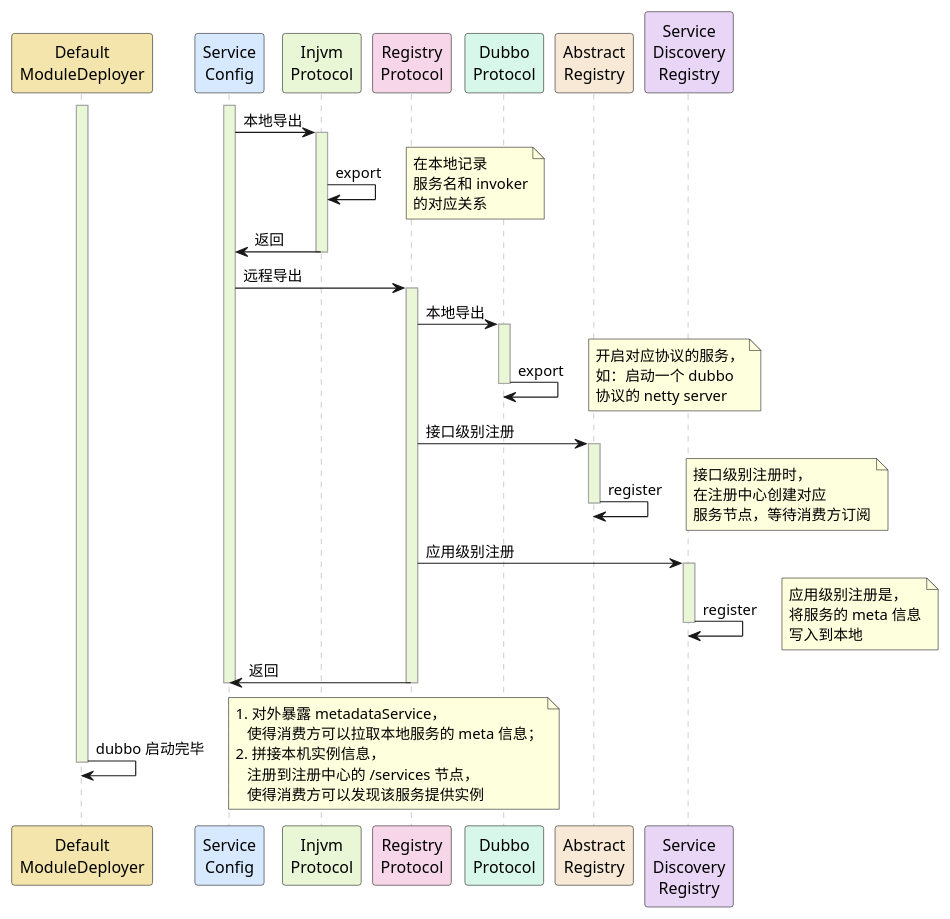
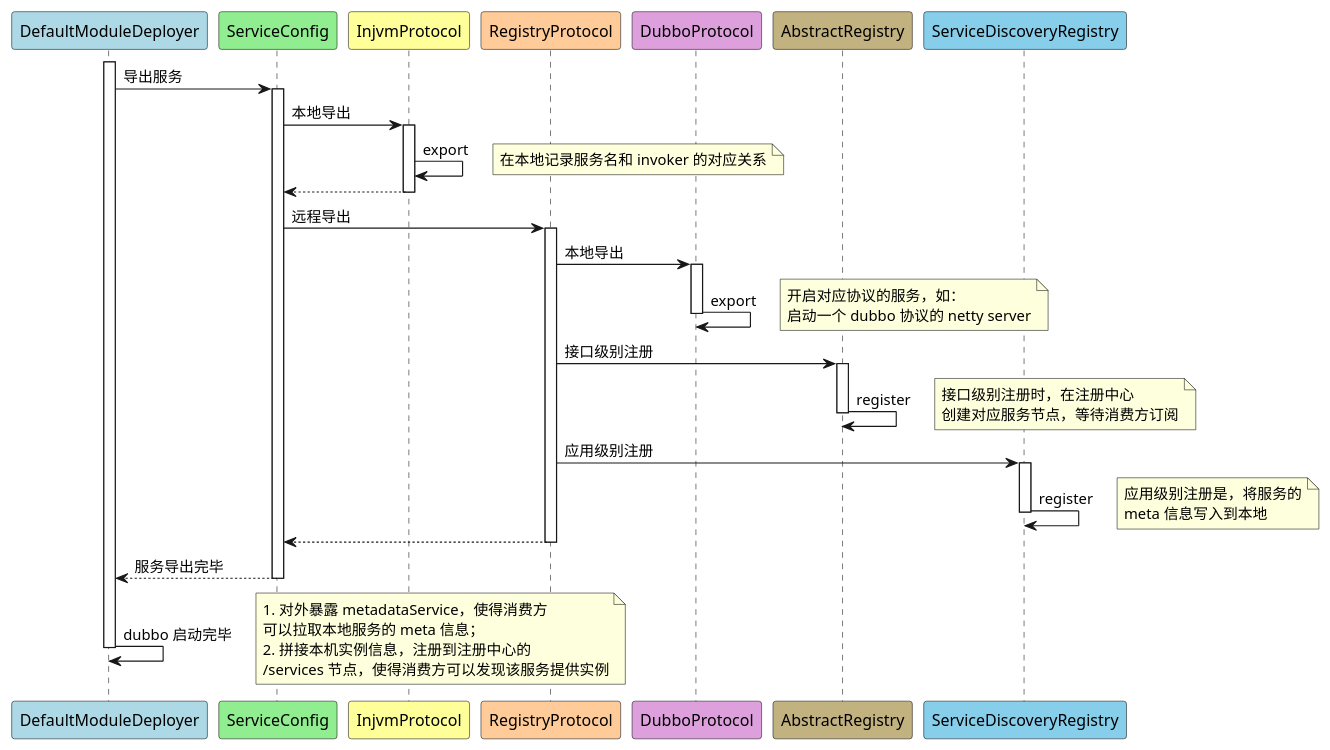
Before and after one commit to marmot-z/dubbo-learning: the diagram in assets/plantuml/dubbo-export.md, drawn with PlantUML. The commit also changed other lines of this file and 4 other files, not shown here.

````diff
--- a/assets/plantuml/dubbo-export.md
+++ b/assets/plantuml/dubbo-export.md
@@ -1,68 +1,105 @@
 ```plantuml
 @startuml
-' 设置整体样式
-skinparam sequence {
-    ActorBackgroundColor #D6E9FE
-    ParticipantBackgroundColor #E9F7D6
-    LifeLineBackgroundColor #E9F7D6
-    LifeLineBorderColor #A9A9A9
-    BoxPadding 10
-    NoteBackgroundColor #FFFACD
-}
 
 ' 定义参与者并设置颜色
-participant "Default\nModuleDeployer" as DMD #F3E5AB
-participant "Service\nConfig" as SC #D6E9FE
-participant "Injvm\nProtocol" as IP #E9F7D6
-participant "Registry\nProtocol" as RP #F7D6E9
-participant "Dubbo\nProtocol" as DP #D6F7E9
-participant "Abstract\nRegistry" as AR #F7E9D6
-participant "Service\nDiscovery\nRegistry" as SDR #E9D6F7
+participant DefaultModuleDeployer  #ADD8E6
+participant ServiceConfig  #90EE90
+participant InjvmProtocol  #FFFF99
+participant RegistryProtocol  #FFCC99
+participant DubboProtocol  #DDA0DD
+participant AbstractRegistry  #C2B280
+participant ServiceDiscoveryRegistry  #87CEEB
 
-' 开启生命线
-activate DMD
-activate SC
+' DefaultModuleDeployer 开始生命线
+activate DefaultModuleDeployer
+DefaultModuleDeployer -> ServiceConfig : 导出服务
 
-' ServiceConfig 进行本地导出
-SC -> IP : 本地导出
-activate IP
-IP -> IP : export
-note right : 在本地记录\n服务名和 invoker\n的对应关系
-IP -> SC  : 返回
-deactivate IP
+' ServiceConfig 开始生命线
+activate ServiceConfig
+ServiceConfig -> InjvmProtocol : 本地导出
 
-' ServiceConfig 进行远程导出
-SC -> RP : 远程导出
-activate RP
-RP -> DP : 本地导出
-activate DP
-DP -> DP : export
-note right : 开启对应协议的服务，\n如：启动一个 dubbo\n协议的 netty server
-deactivate DP
+' InjvmProtocol 自调用
+activate InjvmProtocol
+InjvmProtocol -> InjvmProtocol : export
+
+' 备注
+note right
+在本地记录服务名和 invoker 的对应关系
+end note
+
+InjvmProtocol --> ServiceConfig
+
+deactivate InjvmProtocol
+
+' ServiceConfig 远程导出
+ServiceConfig -> RegistryProtocol : 远程导出
+
+' RegistryProtocol 本地导出
+activate RegistryProtocol
+RegistryProtocol -> DubboProtocol : 本地导出
+
+' DubboProtocol 自调用
+activate DubboProtocol
+DubboProtocol -> DubboProtocol : export
+
+' 备注
+note right
+开启对应协议的服务，如：
+启动一个 dubbo 协议的 netty server
+end note
+
+deactivate DubboProtocol
 
 ' RegistryProtocol 进行接口级别注册
-RP -> AR : 接口级别注册
-activate AR
-AR -> AR : register
-note right : 接口级别注册时，\n在注册中心创建对应\n服务节点，等待消费方订阅
-deactivate AR
+RegistryProtocol -> AbstractRegistry : 接口级别注册
+
+' AbstractRegistry 自调用
+activate AbstractRegistry
+AbstractRegistry -> AbstractRegistry : register
+
+' 备注
+note right
+接口级别注册时，在注册中心
+创建对应服务节点，等待消费方订阅
+end note
+
+deactivate AbstractRegistry
 
 ' RegistryProtocol 进行应用级别注册
-RP -> SDR : 应用级别注册
-activate SDR
-SDR -> SDR : register
-note right: 应用级别注册是，\n将服务的 meta 信息\n写入到本地
-deactivate SDR
+RegistryProtocol -> ServiceDiscoveryRegistry : 应用级别注册
 
-' 远程导出返回
-RP -> SC : 返回
-deactivate RP
-deactivate SC
+' ServiceDiscoveryRegistry 自调用
+activate ServiceDiscoveryRegistry
+ServiceDiscoveryRegistry -> ServiceDiscoveryRegistry : register
 
-' DefaultModuleDeployer 处理 Dubbo 启动完成
-DMD -> DMD : dubbo 启动完毕
-note right: 1. 对外暴露 metadataService，\n   使得消费方可以拉取本地服务的 meta 信息；\n2. 拼接本机实例信息，\n   注册到注册中心的 /services 节点，\n   使得消费方可以发现该服务提供实例
+' 备注
+note right
+应用级别注册是，将服务的
+meta 信息写入到本地
+end note
 
-deactivate DMD
+deactivate ServiceDiscoveryRegistry
+
+RegistryProtocol --> ServiceConfig
+
+deactivate RegistryProtocol
+
+ServiceConfig --> DefaultModuleDeployer : 服务导出完毕
+
+deactivate ServiceConfig
+
+' DefaultModuleDeployer 完成启动
+DefaultModuleDeployer -> DefaultModuleDeployer : dubbo 启动完毕
+
+' 备注
+note right
+1. 对外暴露 metadataService，使得消费方
+可以拉取本地服务的 meta 信息；
+2. 拼接本机实例信息，注册到注册中心的
+/services 节点，使得消费方可以发现该服务提供实例
+end note
+
+deactivate DefaultModuleDeployer
+
 @enduml
 ```
````
